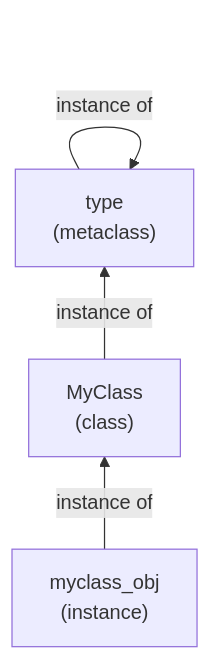
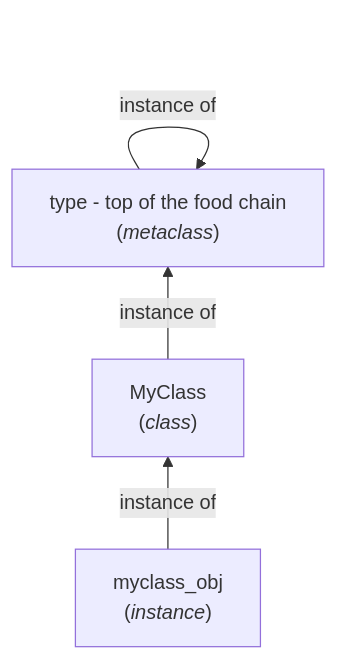
The diagram in docs/chapter-3.md (vkailas/poignant-guide-python), drawn with Mermaid before and after one commit. The commit also changed other lines of this file and 6 other files, not shown here.

````diff
--- a/docs/chapter-3.md
+++ b/docs/chapter-3.md
@@ -1365,11 +1388,11 @@
 ```mermaid
 flowchart BT
 
-    obj["myclass_obj<br>(instance)"]
-    cls["MyClass<br>(class)"]
-    typ["type<br>(metaclass)"]
+    obj["myclass_obj<br>(<i>instance</i>)"]
+    cls["MyClass<br>(<i>class</i>)"]
+    typ["type - top of the food chain<br>(<i>metaclass</i>)"]
 
     obj -->|"instance of"| cls
     cls -->|"instance of"| typ
     typ -->|"instance of"| typ
 ```
````
